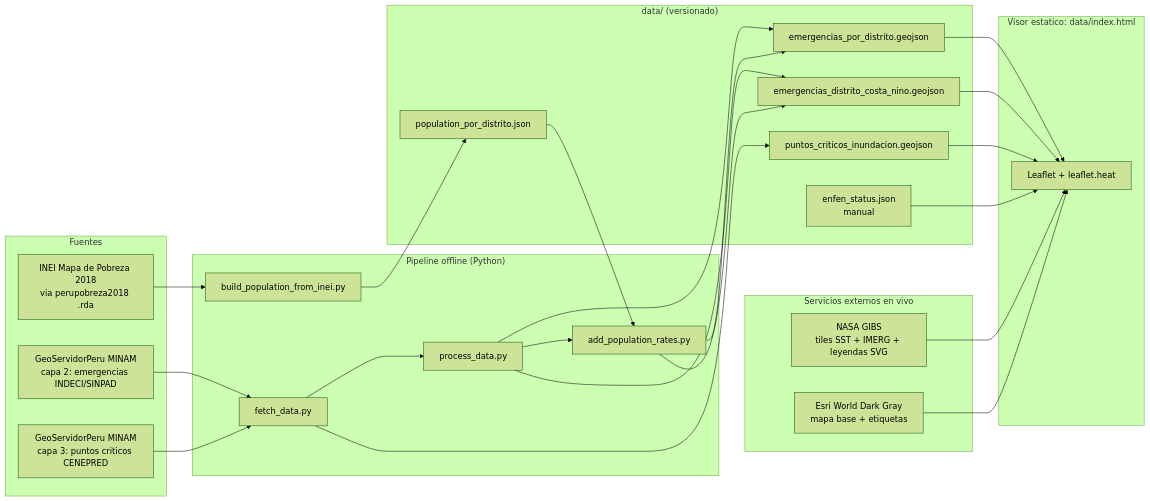
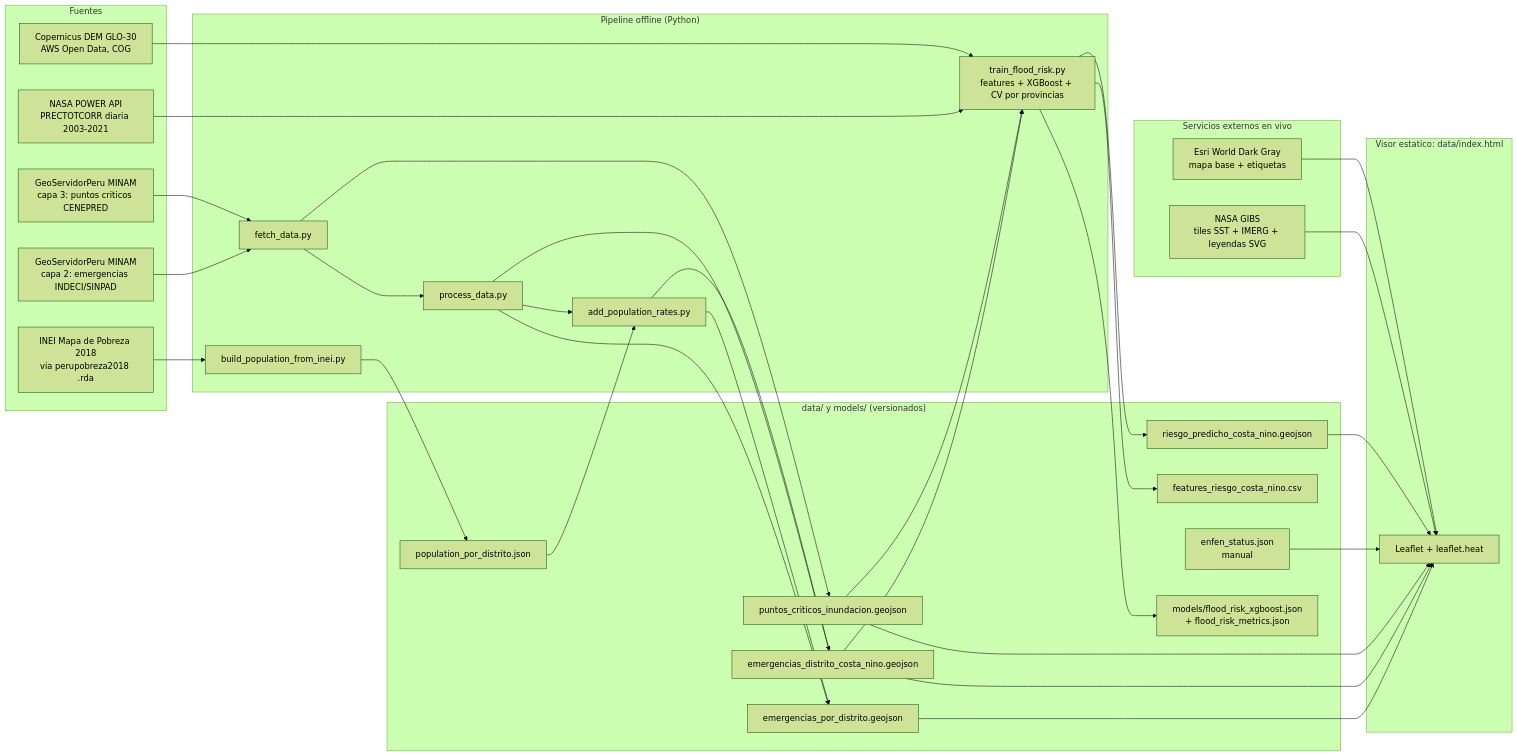
One commit to mcontrerasmalpar-pixel/el-nino-costero-flood-map changed the diagram in README.md. Above: the diagram before and after it, drawn with Mermaid (forest theme). The commit also changed other lines of this file, not shown here.

First line of the commit message:
README: metodologia del modelo de riesgo predicho, fuentes NASA POWER y Copernicus DEM, arquitectura

````diff
--- a/README.md
+++ b/README.md
@@ -25,36 +26,45 @@
 ```mermaid
 flowchart LR
   subgraph Fuentes
     A[GeoServidorPeru MINAM<br/>capa 2: emergencias INDECI/SINPAD]
     B[GeoServidorPeru MINAM<br/>capa 3: puntos criticos CENEPRED]
     C[INEI Mapa de Pobreza 2018<br/>via perupobreza2018 .rda]
+    W[NASA POWER API<br/>PRECTOTCORR diaria 2003-2021]
+    DM[Copernicus DEM GLO-30<br/>AWS Open Data, COG]
   end
   subgraph Pipeline["Pipeline offline (Python)"]
     F[fetch_data.py]
     P[process_data.py]
     I[build_population_from_inei.py]
     R[add_population_rates.py]
+    T[train_flood_risk.py<br/>features + XGBoost + CV por provincias]
   end
-  subgraph Data["data/ (versionado)"]
+  subgraph Data["data/ y models/ (versionados)"]
     D1[emergencias_por_distrito.geojson]
     D2[emergencias_distrito_costa_nino.geojson]
     D3[puntos_criticos_inundacion.geojson]
     D4[population_por_distrito.json]
     D5[enfen_status.json<br/>manual]
+    D6[features_riesgo_costa_nino.csv]
+    D7[riesgo_predicho_costa_nino.geojson]
+    M[models/flood_risk_xgboost.json<br/>+ flood_risk_metrics.json]
   end
   subgraph Visor["Visor estatico: data/index.html"]
     V[Leaflet + leaflet.heat]
   end
   subgraph Servicios["Servicios externos en vivo"]
     G[NASA GIBS<br/>tiles SST + IMERG + leyendas SVG]
     E[Esri World Dark Gray<br/>mapa base + etiquetas]
   end
   A --> F --> P --> R
   B --> F --> D3
   C --> I --> D4 --> R
   P --> D1 & D2
   R --> D1 & D2
-  D1 & D2 & D3 & D5 --> V
+  W & DM --> T
+  D2 & D3 --> T
+  T --> D6 & D7 & M
+  D1 & D2 & D3 & D5 & D7 --> V
   G --> V
   E --> V
 ```
````
